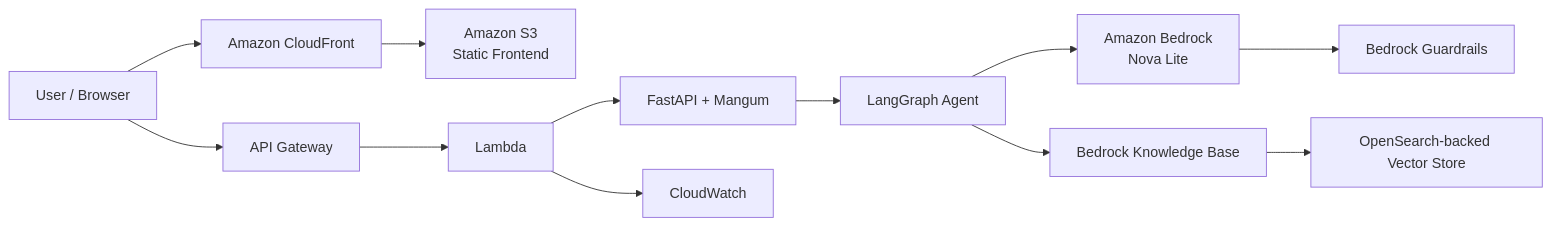
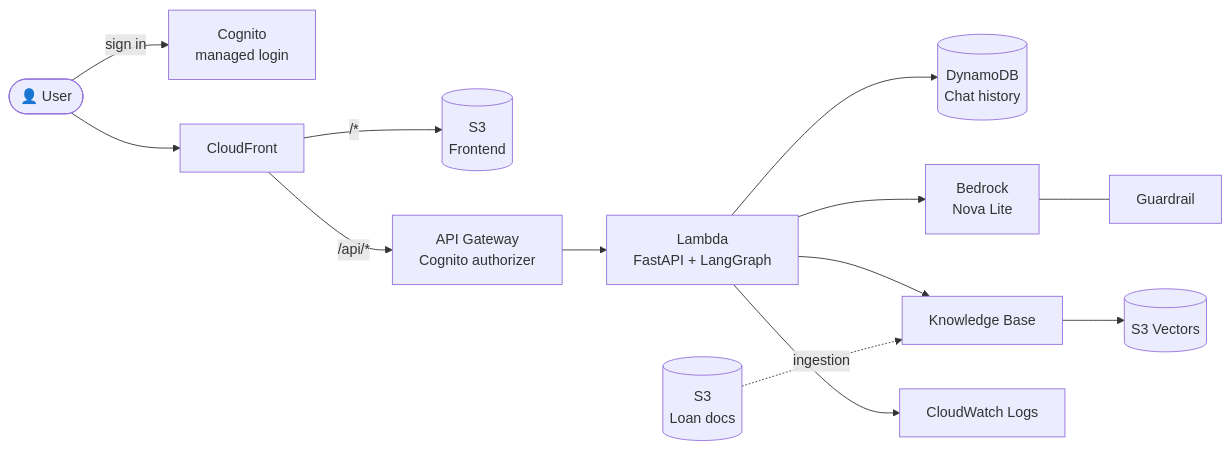
Before and after one commit to musaddiq-vd/loanassist-ai-Langgraph: the first of 2 diagrams in README.md, drawn with Mermaid. The commit also changed other lines of this file and 15 other files, not shown here.

First line of the commit message:
Add one-command deploy, sign-in, synced chat history and new chat UI

````diff
--- a/README.md
+++ b/README.md
@@ -13,29 +45,16 @@
 ```mermaid
 flowchart LR
-    U[User / Browser]
-    CF[Amazon CloudFront]
-    S3[Amazon S3<br/>Static Frontend]
-    APIGW[API Gateway]
-    L[Lambda]
-    F[FastAPI + Mangum]
-    LG[LangGraph Agent]
-    BR[Amazon Bedrock<br/>Nova Lite]
-    KB[Bedrock Knowledge Base]
-    OS[OpenSearch-backed Vector Store]
-    GR[Bedrock Guardrails]
-    CW[CloudWatch]
+    U([👤 User]) -->|sign in| COG[Cognito<br/>managed login]
+    U --> CF[CloudFront]
+    CF -->|"/*"| S3F[(S3<br/>Frontend)]
+    CF -->|"/api/*"| APIGW[API Gateway<br/>Cognito authorizer]
+    APIGW --> L[Lambda<br/>FastAPI + LangGraph]
 
-    U --> CF
-    CF --> S3
-    U --> APIGW
-    APIGW --> L
-    L --> F
-    F --> LG
-
-    LG --> BR
-    LG --> KB
-    KB --> OS
-    BR --> GR
-
-    L --> CW
+    L --> DDB[(DynamoDB<br/>Chat history)]
+    L --> BR[Bedrock<br/>Nova Lite]
+    BR --- GR[Guardrail]
+    L --> KB[Knowledge Base]
+    KB --> VEC[(S3 Vectors)]
+    DOCS[(S3<br/>Loan docs)] -. ingestion .-> KB
+    L --> CW[CloudWatch Logs]
 ```
````
